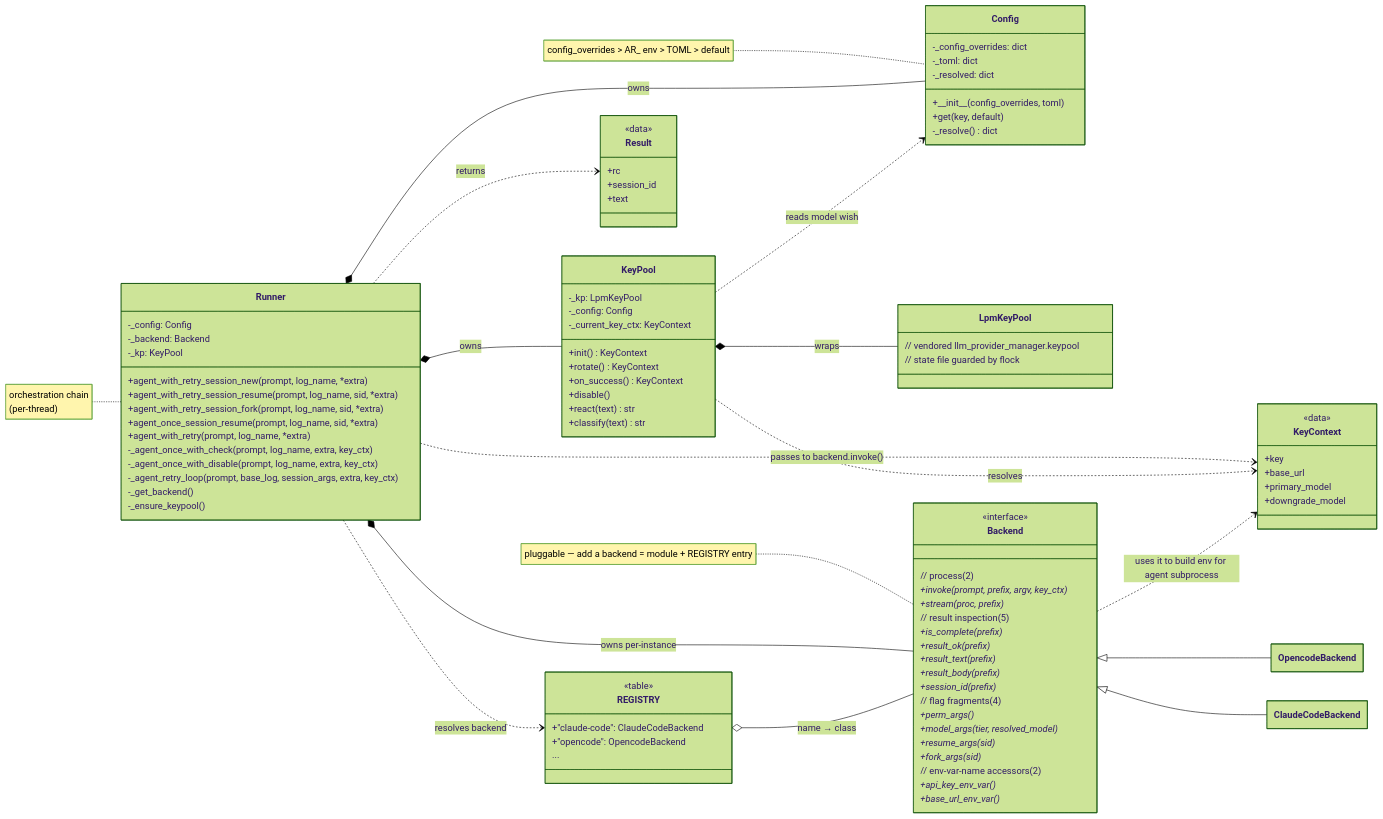
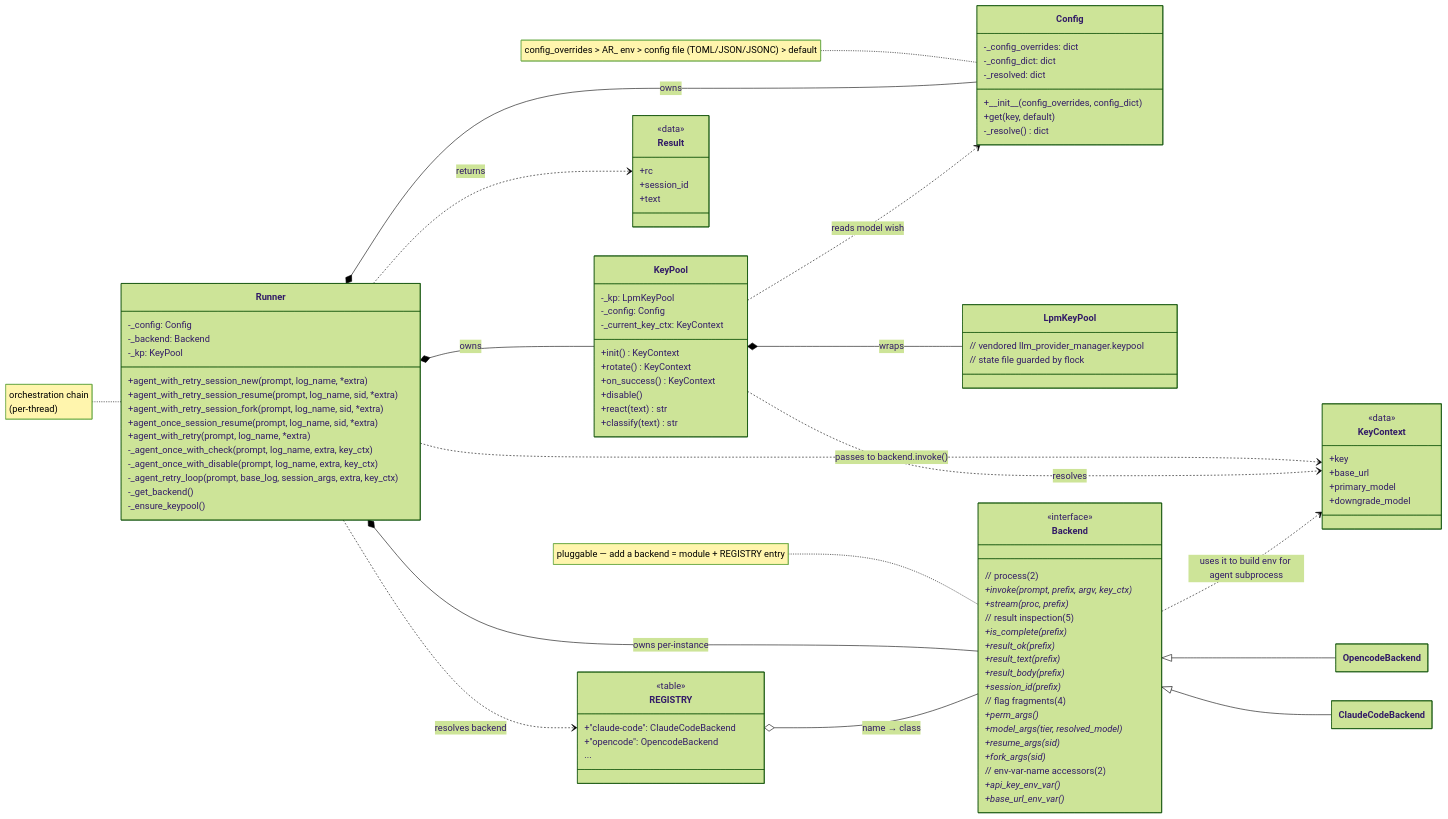
The diagram in ARCHITECTURE.md (AI4SecResearch/agent-runner), drawn with Mermaid (forest theme) before and after one commit. The commit also changed 10 other files, not shown here.

First line of the commit message:
config: support JSON/JSONC config files alongside TOML

```diff
--- a/ARCHITECTURE.md
+++ b/ARCHITECTURE.md
@@ -35,13 +35,13 @@
 
     class Config {
         -_config_overrides: dict
-        -_toml: dict
+        -_config_dict: dict
         -_resolved: dict
-        +\_\_init__(config_overrides, toml)
+        +\_\_init__(config_overrides, config_dict)
         +get(key, default)
         -_resolve() dict
     }
-    note for Config "config_overrides > AR_ env > TOML > default"
+    note for Config "config_overrides > AR_ env > config file (TOML/JSON/JSONC) > default"
 
     class KeyPool {
         -_kp: LpmKeyPool
```
